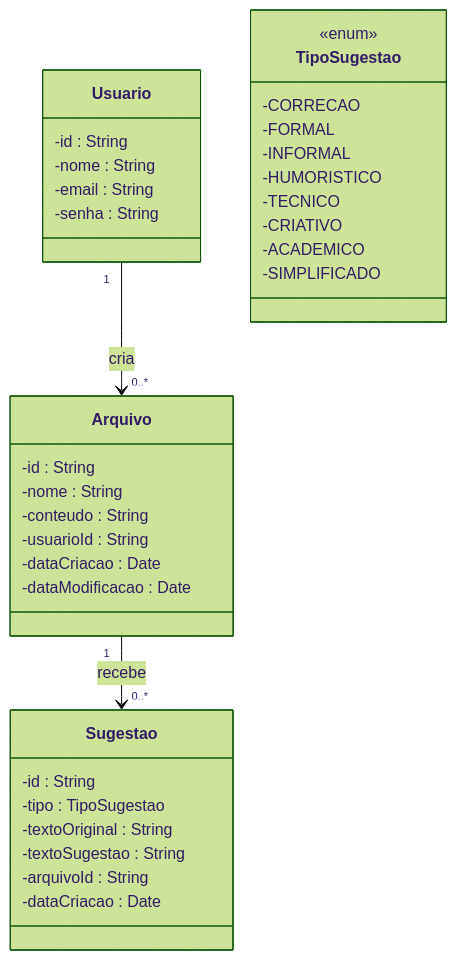
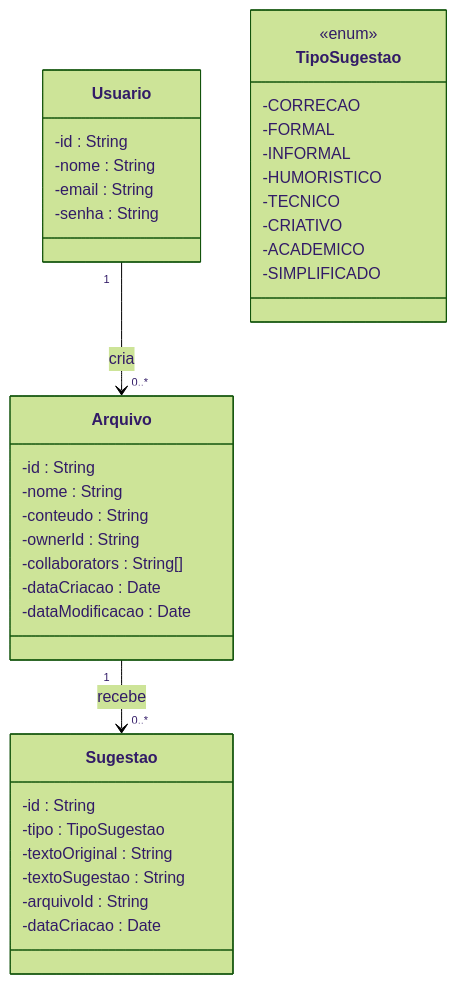
One commit to ai-editor-web/ai-editor-backend changed the diagram in README.md. Above: the diagram before and after it, drawn with Mermaid (forest theme).

````diff
--- a/README.md
+++ b/README.md
@@ -48,43 +48,44 @@
 ``` mermaid
 classDiagram
     class Usuario {
         -id : String
         -nome : String
         -email : String
         -senha : String
     }
 
     class Arquivo {
         -id : String
         -nome : String
         -conteudo : String
-        -usuarioId : String
+        -ownerId : String
+        -collaborators : String[]
         -dataCriacao : Date
         -dataModificacao : Date
     }
 
     class Sugestao {
         -id : String
         -tipo : TipoSugestao
         -textoOriginal : String
         -textoSugestao : String
         -arquivoId : String
         -dataCriacao : Date
     }
 
     class TipoSugestao {
         <<enum>>
         -CORRECAO
         -FORMAL
         -INFORMAL
         -HUMORISTICO
         -TECNICO
         -CRIATIVO
         -ACADEMICO
         -SIMPLIFICADO
     }
 
     %% Relacionamentos
     Usuario "1" --> "0..*" Arquivo : cria
     Arquivo "1" --> "0..*" Sugestao : recebe
 ```
````
